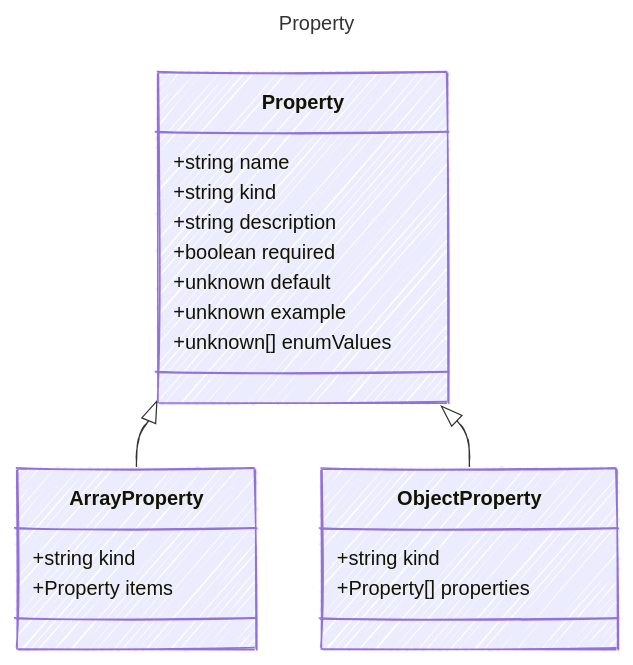
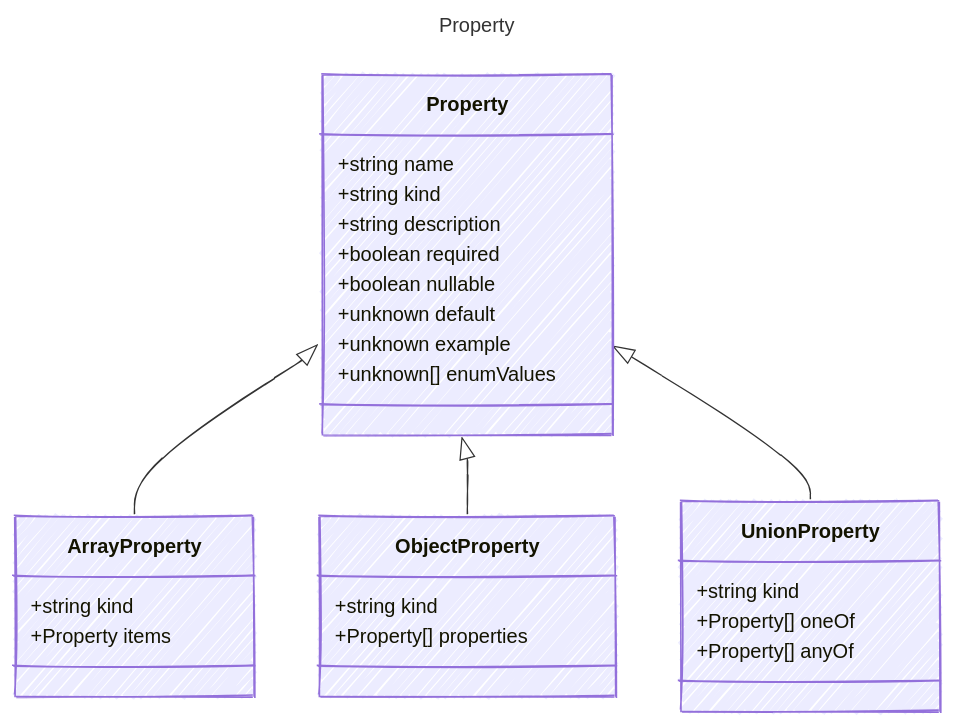
The diagram in web/src/content/docs/reference/Property.md (microsoft/prompty), drawn with Mermaid before and after one commit. The commit also changed other lines of this file and 46 other files, not shown here.

Commit message:
fix(schema): support nullable union properties

````diff
--- a/web/src/content/docs/reference/Property.md
+++ b/web/src/content/docs/reference/Property.md
@@ -17,30 +17,37 @@
 ```mermaid
 ---
 title: Property
 config:
   look: handDrawn
   theme: colorful
   class:
     hideEmptyMembersBox: true
 ---
 classDiagram
     class Property {
         +string name
         +string kind
         +string description
         +boolean required
+        +boolean nullable
         +unknown default
         +unknown example
         +unknown[] enumValues
     }
     class ArrayProperty {
         +string kind
         +Property items
     }
     Property <|-- ArrayProperty
     class ObjectProperty {
         +string kind
         +Property[] properties
     }
     Property <|-- ObjectProperty
+    class UnionProperty {
+        +string kind
+        +Property[] oneOf
+        +Property[] anyOf
+    }
+    Property <|-- UnionProperty
 ```
````
